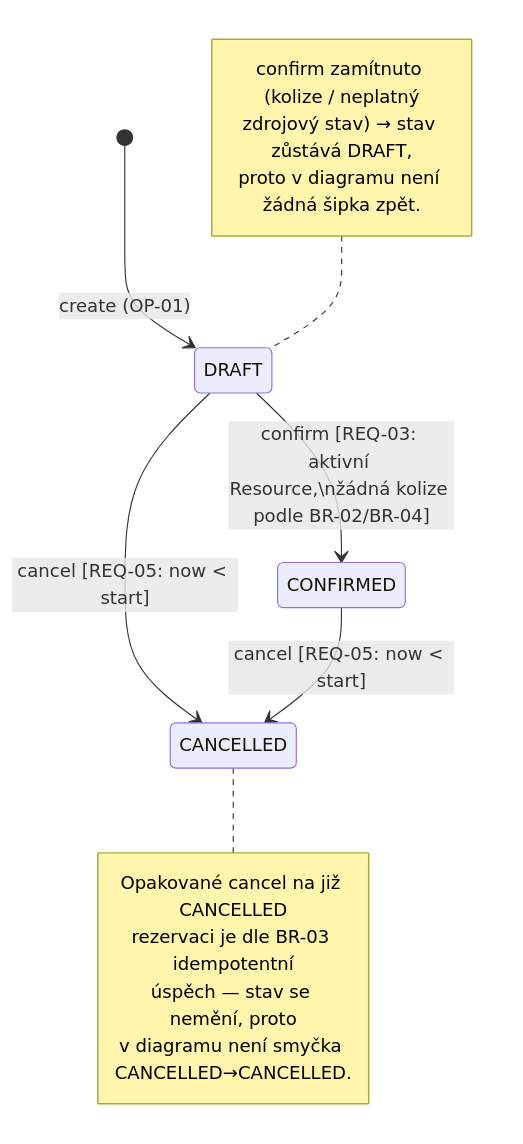
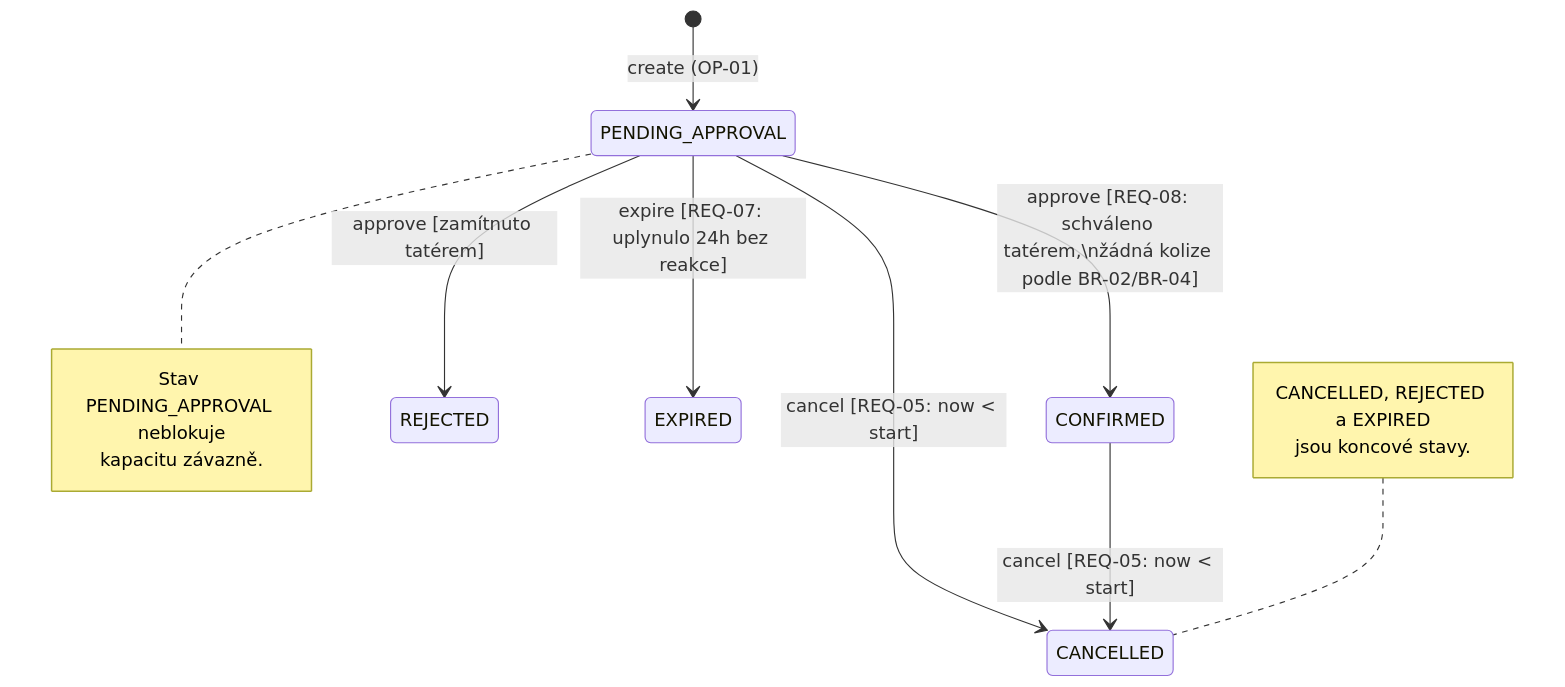
Before and after one commit to Eve-linnx/tattoo_reservation_system: the second of 7 diagrams in docs/diagrams.md, drawn with Mermaid. The commit also changed other lines of this file and 10 other files, not shown here.

````diff
--- a/docs/diagrams.md
+++ b/docs/diagrams.md
@@ -53,21 +50,21 @@
 ```mermaid
 stateDiagram-v2
-    [*] --> DRAFT : create (OP-01)
+    [*] --> PENDING_APPROVAL : create (OP-01)
 
-    DRAFT --> CONFIRMED : confirm [REQ-03: aktivní Resource,\nžádná kolize podle BR-02/BR-04]
-    DRAFT --> CANCELLED : cancel [REQ-05: now < start]
+    PENDING_APPROVAL --> CONFIRMED : approve [REQ-08: schváleno tatérem,\nžádná kolize podle BR-02/BR-04]
+    PENDING_APPROVAL --> REJECTED : approve [zamítnuto tatérem]
+    PENDING_APPROVAL --> EXPIRED : expire [REQ-07: uplynulo 24h bez reakce]
+    
+    PENDING_APPROVAL --> CANCELLED : cancel [REQ-05: now < start]
     CONFIRMED --> CANCELLED : cancel [REQ-05: now < start]
 
-    note left of DRAFT
-        confirm zamítnuto (kolize / neplatný
-        zdrojový stav) → stav zůstává DRAFT,
-        proto v diagramu není žádná šipka zpět.
+    note right of PENDING_APPROVAL
+        Stav PENDING_APPROVAL neblokuje
+        kapacitu závazně.
     end note
 
-    note right of CANCELLED
-        Opakované cancel na již CANCELLED
-        rezervaci je dle BR-03 idempotentní
-        úspěch — stav se nemění, proto
-        v diagramu není smyčka CANCELLED→CANCELLED.
+    note left of CANCELLED
+        CANCELLED, REJECTED a EXPIRED
+        jsou koncové stavy.
     end note
 ```
````
